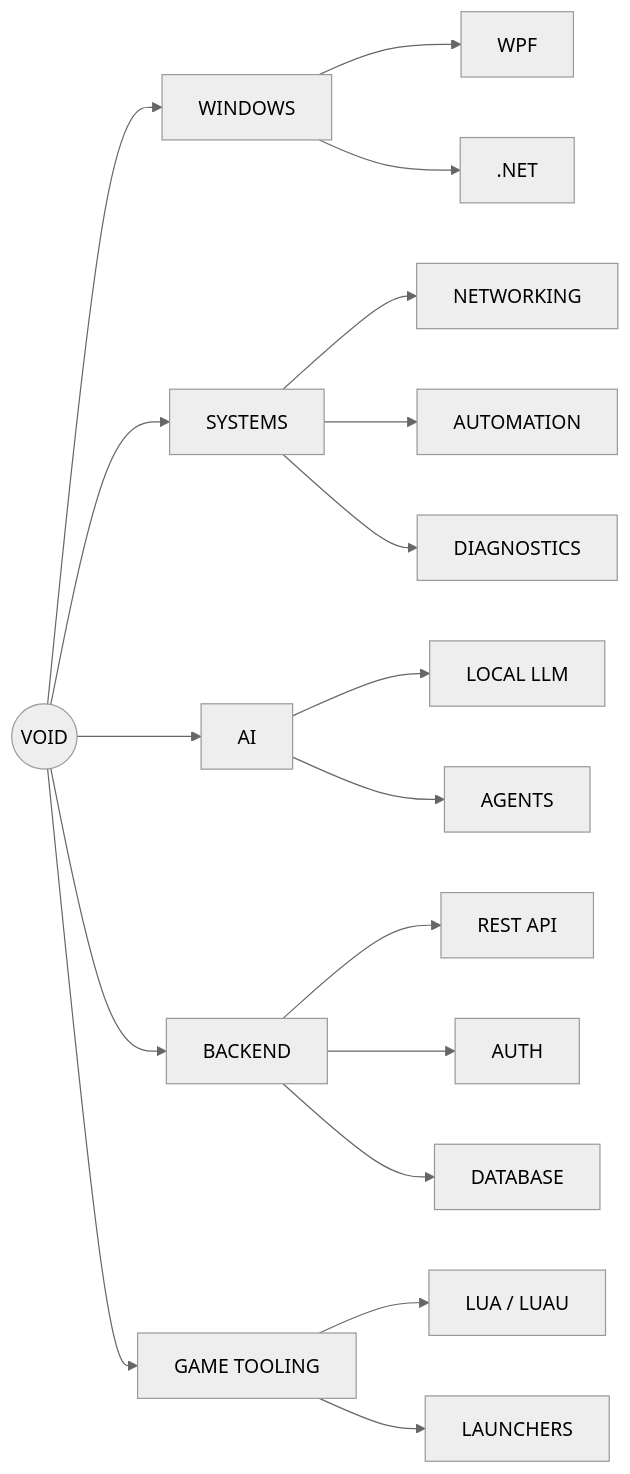
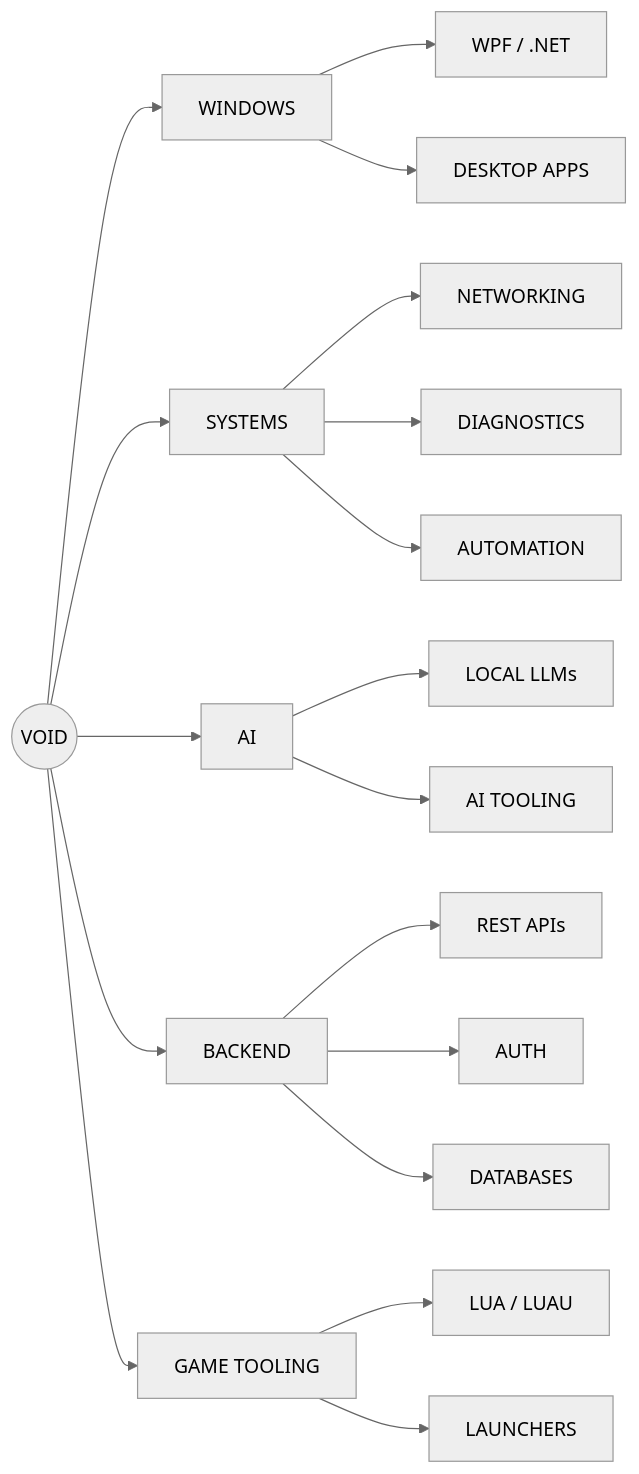
Before and after one commit to Vvoidddd/Vvoidddd: the diagram in README.md, drawn with Mermaid (neutral theme). The commit also changed other lines of this file, not shown here.

````diff
--- a/README.md
+++ b/README.md
@@ -262,28 +294,28 @@
 ```mermaid
 flowchart LR
 
-    V((VOID))
+    VOID((VOID))
 
-    V --> W["WINDOWS"]
-    V --> S["SYSTEMS"]
-    V --> A["AI"]
-    V --> B["BACKEND"]
-    V --> G["GAME TOOLING"]
+    VOID --> WINDOWS["WINDOWS"]
+    VOID --> SYSTEMS["SYSTEMS"]
+    VOID --> AI["AI"]
+    VOID --> BACKEND["BACKEND"]
+    VOID --> GAME["GAME TOOLING"]
 
-    W --> WPF["WPF"]
-    W --> DOTNET[".NET"]
+    WINDOWS --> WPF["WPF / .NET"]
+    WINDOWS --> DESKTOP["DESKTOP APPS"]
 
-    S --> NET["NETWORKING"]
-    S --> AUTO["AUTOMATION"]
-    S --> DIAG["DIAGNOSTICS"]
+    SYSTEMS --> NET["NETWORKING"]
+    SYSTEMS --> DIAG["DIAGNOSTICS"]
+    SYSTEMS --> AUTO["AUTOMATION"]
 
-    A --> LLM["LOCAL LLM"]
-    A --> AG["AGENTS"]
+    AI --> LLM["LOCAL LLMs"]
+    AI --> AGENT["AI TOOLING"]
 
-    B --> API["REST API"]
-    B --> AUTH["AUTH"]
-    B --> DB["DATABASE"]
+    BACKEND --> API["REST APIs"]
+    BACKEND --> AUTH["AUTH"]
+    BACKEND --> DB["DATABASES"]
 
-    G --> LUA["LUA / LUAU"]
-    G --> LAUNCH["LAUNCHERS"]
+    GAME --> LUA["LUA / LUAU"]
+    GAME --> LAUNCH["LAUNCHERS"]
 ```
````
